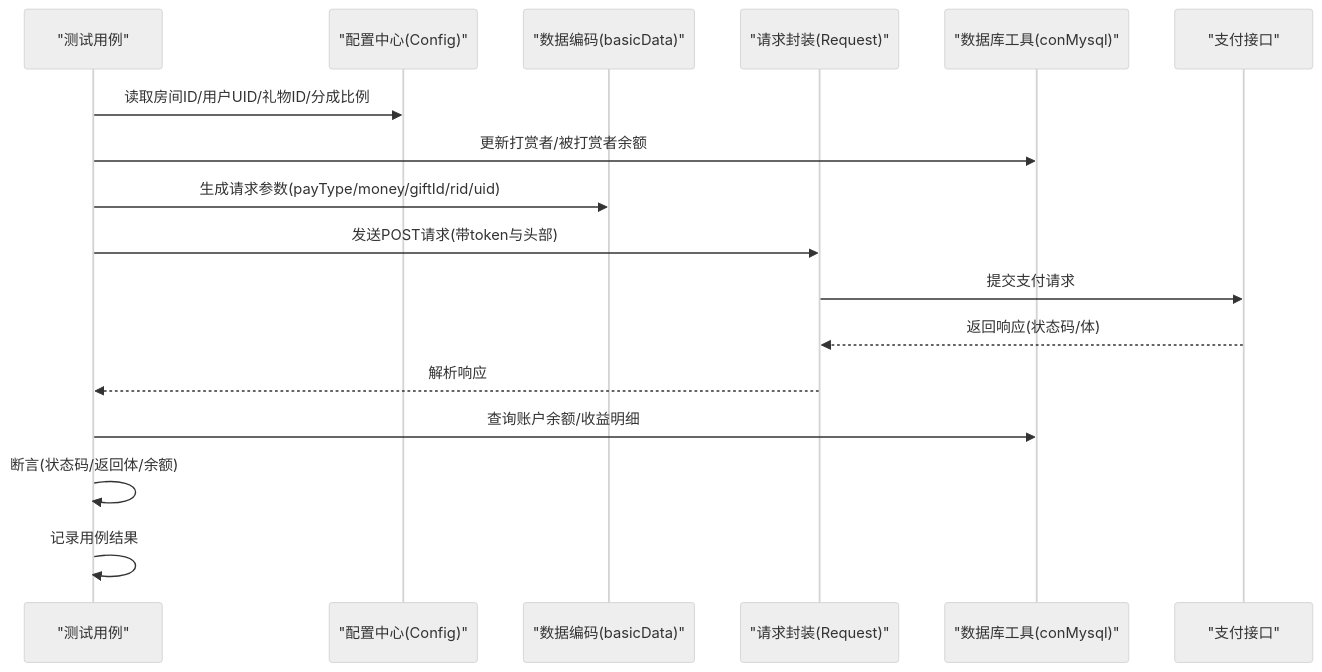
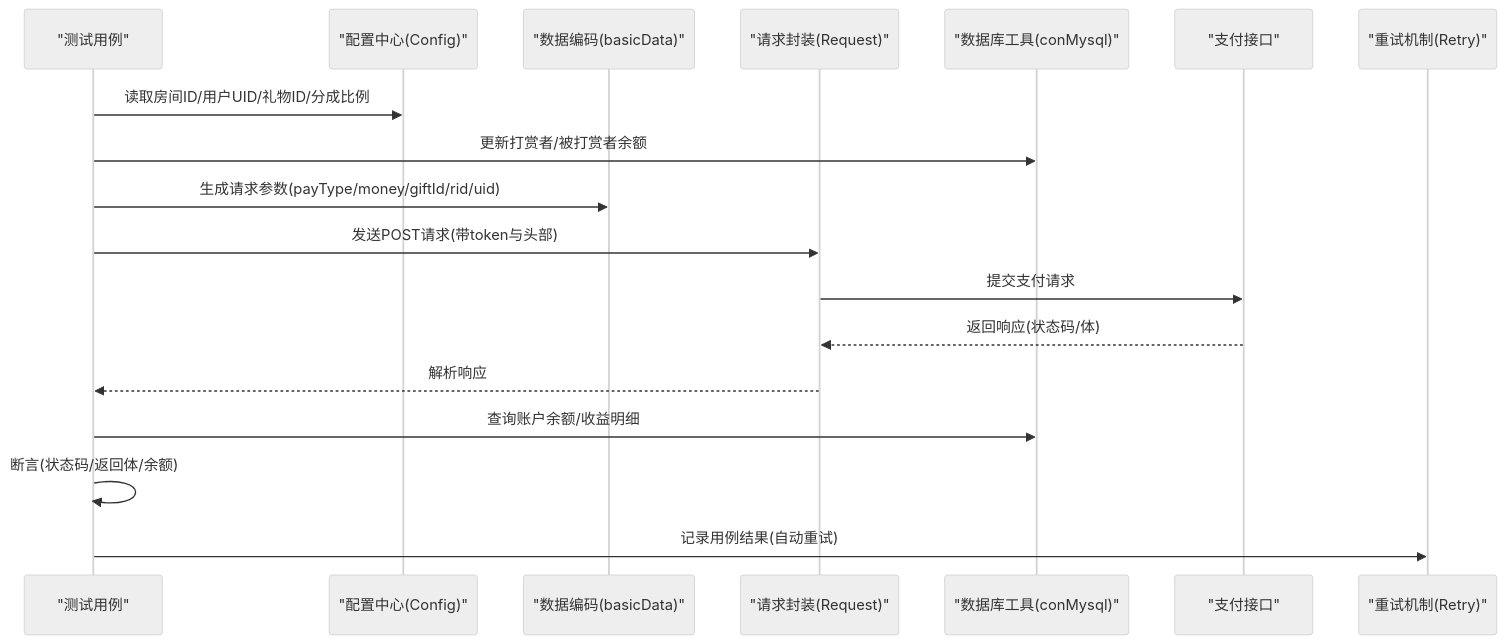
One commit to liximing1-ola/qa-payTest changed the second of 4 diagrams in .qoder/repowiki/zh/content/支付测试用例/房间支付测试/联盟房支付测试.md. Above: the diagram before and after it, drawn with Mermaid (neutral theme). The commit also changed other lines of this file and 103 other files, not shown here.

````diff
--- a/.qoder/repowiki/zh/content/支付测试用例/房间支付测试/联盟房支付测试.md
+++ b/.qoder/repowiki/zh/content/支付测试用例/房间支付测试/联盟房支付测试.md
@@ -119,19 +144,20 @@
 ```mermaid
 sequenceDiagram
 participant TC as "测试用例"
 participant CFG as "配置中心(Config)"
 participant ENC as "数据编码(basicData)"
 participant REQ as "请求封装(Request)"
 participant DB as "数据库工具(conMysql)"
 participant API as "支付接口"
+participant RET as "重试机制(Retry)"
 TC->>CFG : 读取房间ID/用户UID/礼物ID/分成比例
 TC->>DB : 更新打赏者/被打赏者余额
 TC->>ENC : 生成请求参数(payType/money/giftId/rid/uid)
 TC->>REQ : 发送POST请求(带token与头部)
 REQ->>API : 提交支付请求
 API-->>REQ : 返回响应(状态码/体)
 REQ-->>TC : 解析响应
 TC->>DB : 查询账户余额/收益明细
 TC->>TC : 断言(状态码/返回体/余额)
-TC->>TC : 记录用例结果
+TC->>RET : 记录用例结果(自动重试)
 ```
````
